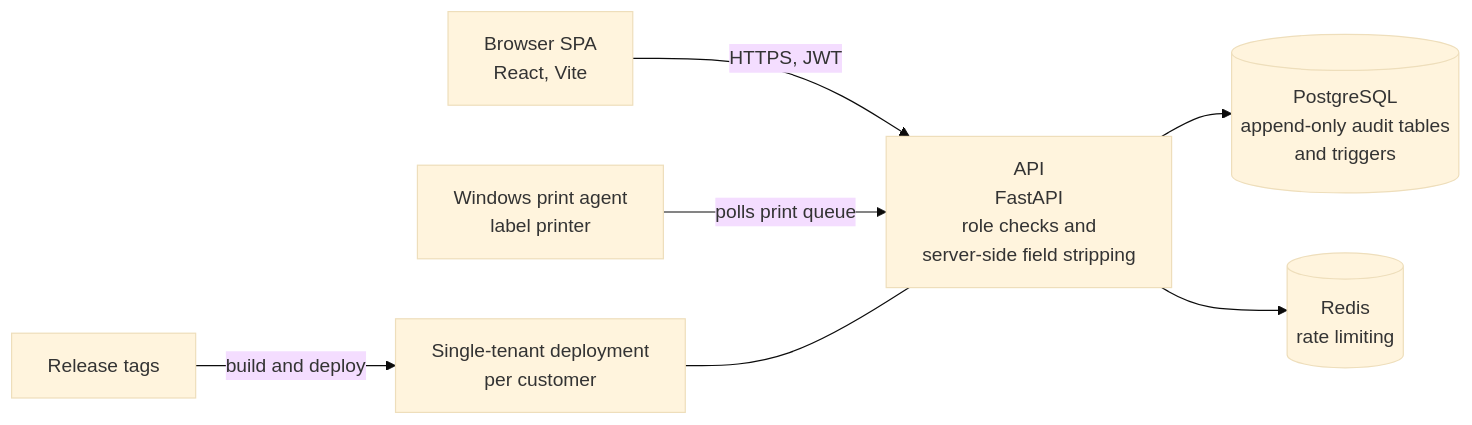
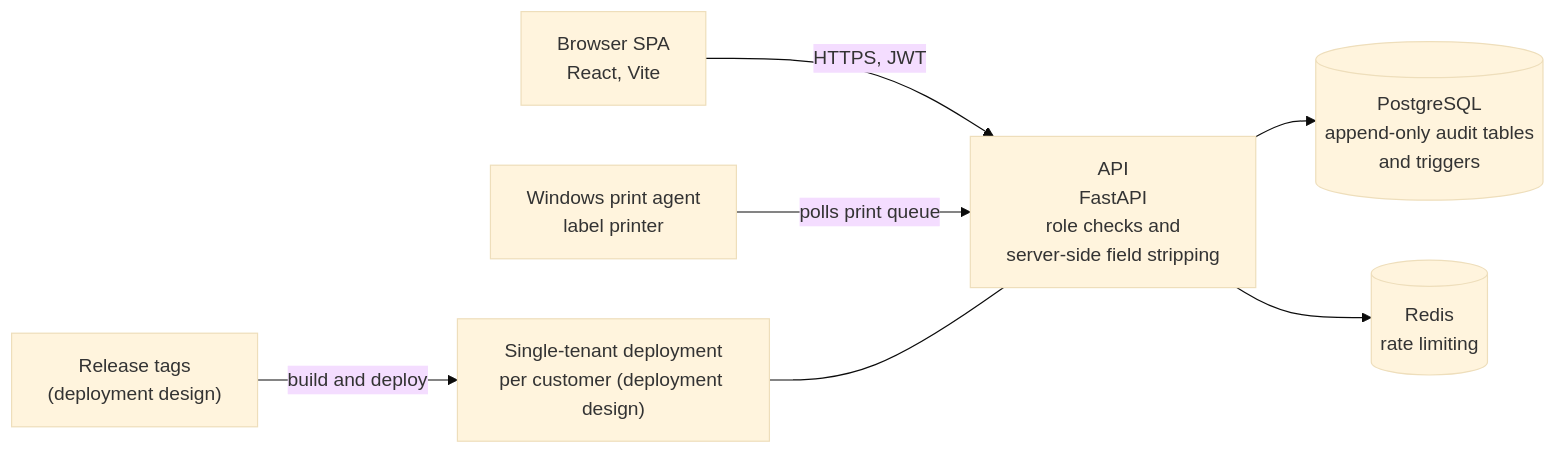
Before and after one commit to JonathanEmmanuelGH/nedi-showcase: the first of 2 diagrams in README.md, drawn with Mermaid (base theme). The commit also changed other lines of this file, not shown here.

Commit message:
docs: move single-tenant claim out of released features, absolute kit link

````diff
--- a/README.md
+++ b/README.md
@@ -75,17 +76,17 @@
 ```mermaid
 flowchart LR
     Browser["Browser SPA<br/>React, Vite"]
     API["API<br/>FastAPI<br/>role checks and<br/>server-side field stripping"]
     DB[("PostgreSQL<br/>append-only audit tables<br/>and triggers")]
     Redis[("Redis<br/>rate limiting")]
     Agent["Windows print agent<br/>label printer"]
-    Tags["Release tags"]
-    Tenant["Single-tenant deployment<br/>per customer"]
+    Tags["Release tags<br/>(deployment design)"]
+    Tenant["Single-tenant deployment<br/>per customer (deployment design)"]
 
     Browser -->|HTTPS, JWT| API
     API --> DB
     API --> Redis
     Agent -->|polls print queue| API
     Tags -->|build and deploy| Tenant
     Tenant --- API
 ```
````
